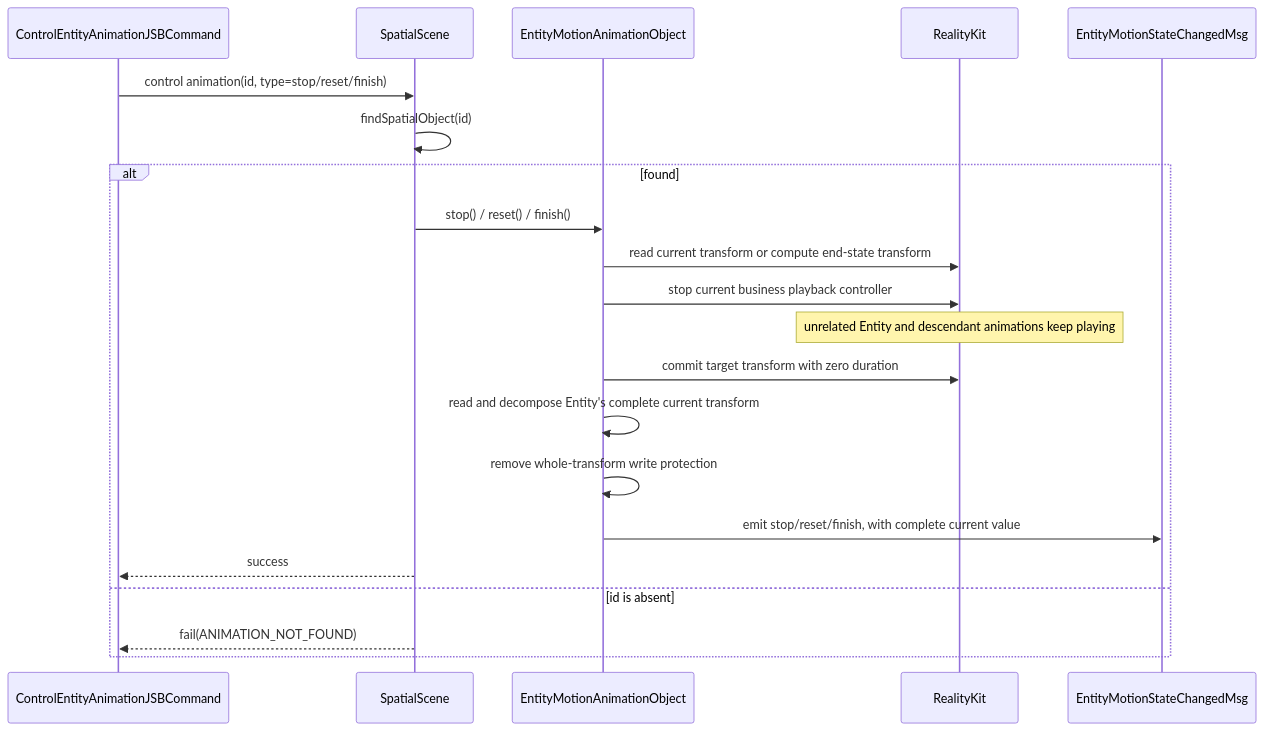
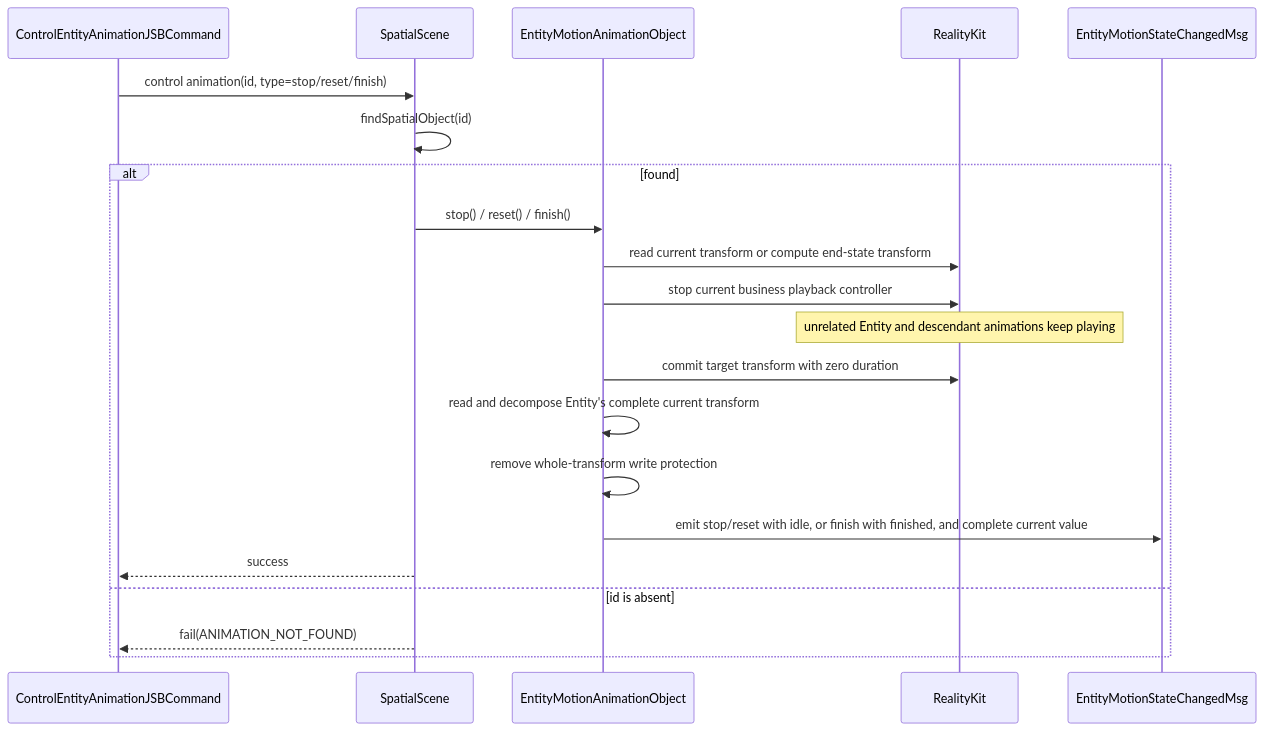
Diagram 13 of 14 in openspec/changes/redesign-entity-motion-api/design.md (webspatial/webspatial-sdk), drawn with Mermaid before and after one commit. The commit also changed other lines of this file and 33 other files, not shown here.

````diff
--- a/openspec/changes/redesign-entity-motion-api/design.md
+++ b/openspec/changes/redesign-entity-motion-api/design.md
@@ -1299,24 +1301,24 @@
 ```mermaid
 sequenceDiagram
     participant JSB as ControlEntityAnimationJSBCommand
     participant Scene as SpatialScene
     participant Obj as EntityMotionAnimationObject
     participant RK as RealityKit
     participant Event as EntityMotionStateChangedMsg
 
     JSB->>Scene: control animation(id, type=stop/reset/finish)
     Scene->>Scene: findSpatialObject(id)
     alt found
         Scene->>Obj: stop() / reset() / finish()
         Obj->>RK: read current transform or compute end-state transform
         Obj->>RK: stop current business playback controller
         Note over RK: unrelated Entity and descendant animations keep playing
         Obj->>RK: commit target transform with zero duration
         Obj->>Obj: read and decompose Entity's complete current transform
         Obj->>Obj: remove whole-transform write protection
-        Obj->>Event: emit stop/reset/finish, with complete current value
+        Obj->>Event: emit stop/reset with idle, or finish with finished, and complete current value
         Scene-->>JSB: success
     else id is absent
         Scene-->>JSB: fail(ANIMATION_NOT_FOUND)
     end
 ```
````
